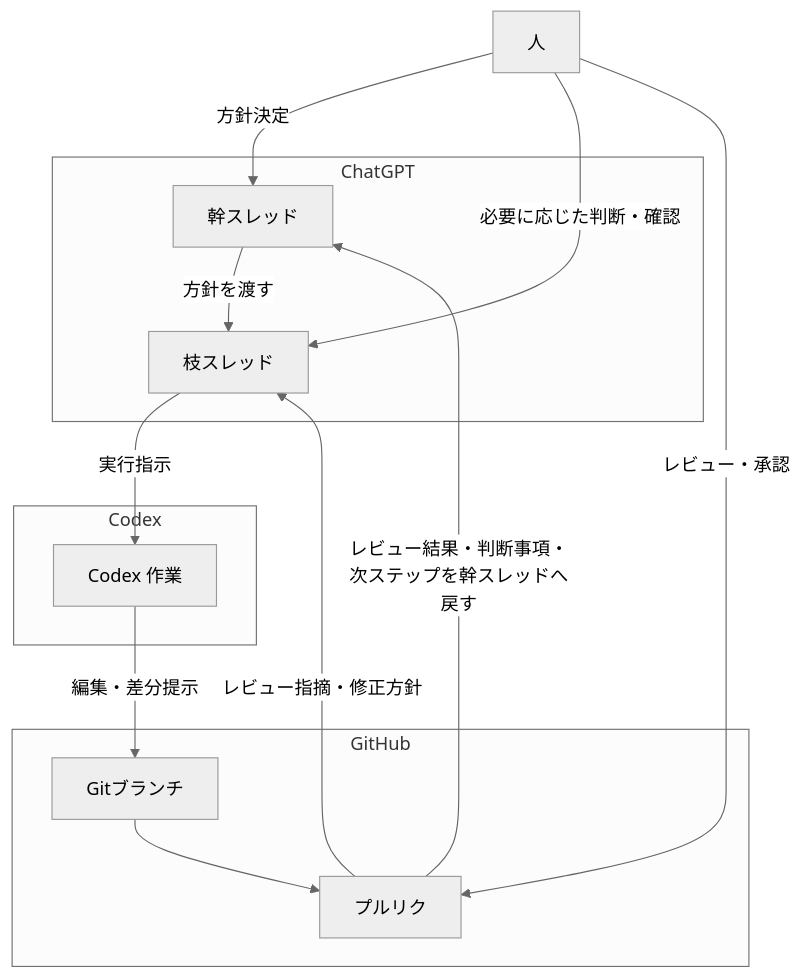
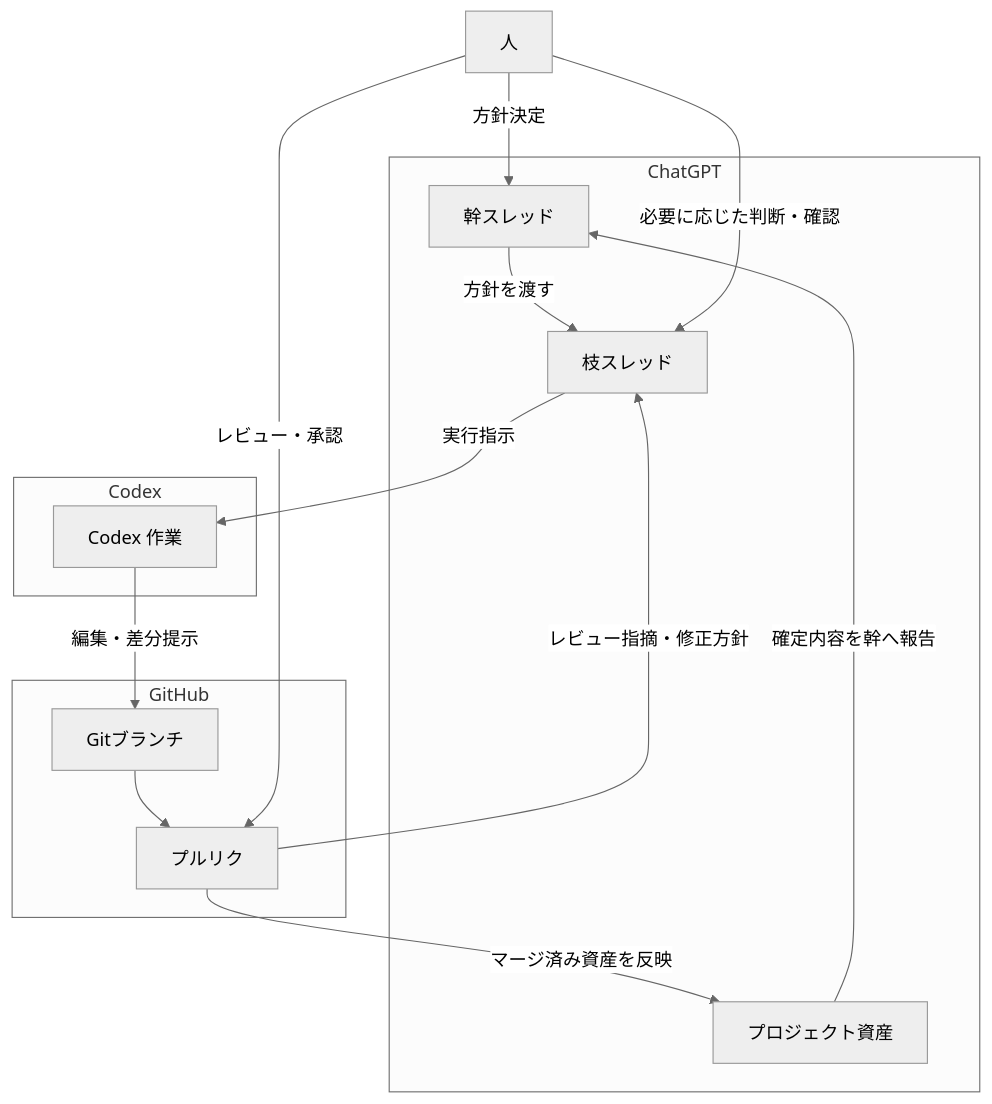
The diagram in docs/diagrams/01_operating_model.md (daisan-chan/chatgpt-codex-playbook), drawn with Mermaid (neutral theme) before and after one commit. The commit also changed other lines of this file, not shown here.

Commit message:
Add post-merge asset update and final report flow to diagram

````diff
--- a/docs/diagrams/01_operating_model.md
+++ b/docs/diagrams/01_operating_model.md
@@ -5,29 +5,31 @@
 ```mermaid
 flowchart TB
     H[人]
 
     subgraph S1[ChatGPT]
         M[幹スレッド]
         B[枝スレッド]
+        A[プロジェクト資産]
     end
 
     subgraph S2[Codex]
         X[Codex 作業]
     end
 
     subgraph S3[GitHub]
         G[Gitブランチ]
         P[プルリク]
     end
 
     M -->|方針を渡す| B
     B -->|実行指示| X
     X -->|編集・差分提示| G
     G --> P
-    P -->|レビュー結果・判断事項・次ステップを幹スレッドへ戻す| M
     P -->|レビュー指摘・修正方針| B
+    P -->|マージ済み資産を反映| A
+    A -->|確定内容を幹へ報告| M
 
     H -->|方針決定| M
     H -->|必要に応じた判断・確認| B
     H -->|レビュー・承認| P
 ```
````
